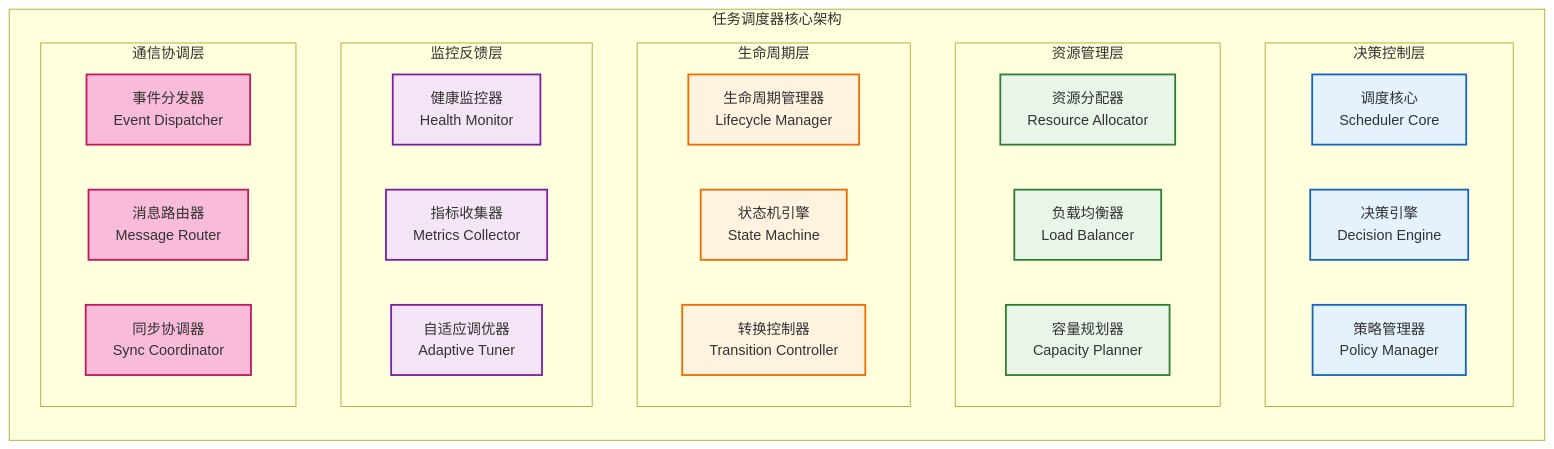
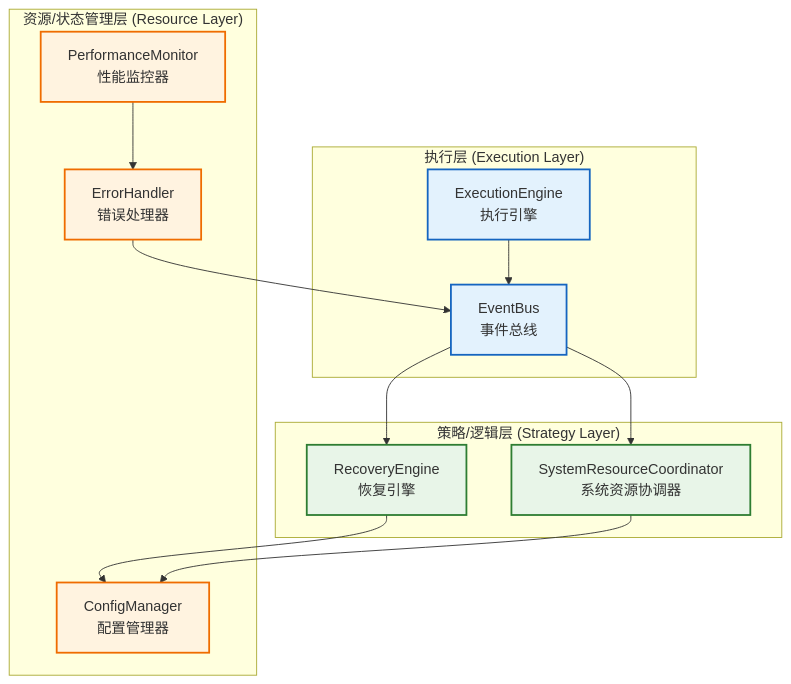
One commit to wendizhou99-cell/Radar changed the third of 13 diagrams in docs/01_项目设计/02_模块设计/05_任务调度器设计.md. Above: the diagram before and after it, drawn with Mermaid. The commit also changed other lines of this file and 1 other file, not shown here.

````diff
--- a/docs/01_项目设计/02_模块设计/05_任务调度器设计.md
+++ b/docs/01_项目设计/02_模块设计/05_任务调度器设计.md
@@ -197,48 +226,34 @@
 ```mermaid
-flowchart TB
-    subgraph "任务调度器核心架构"
-        direction TB
-
-        subgraph "决策控制层"
-            SCHEDULER_CORE[调度核心<br/>Scheduler Core]
-            DECISION_ENGINE[决策引擎<br/>Decision Engine]
-            POLICY_MANAGER[策略管理器<br/>Policy Manager]
-        end
-
-        subgraph "资源管理层"
-            RESOURCE_ALLOCATOR[资源分配器<br/>Resource Allocator]
-            LOAD_BALANCER[负载均衡器<br/>Load Balancer]
-            CAPACITY_PLANNER[容量规划器<br/>Capacity Planner]
-        end
-
-        subgraph "生命周期层"
-            LIFECYCLE_MGR[生命周期管理器<br/>Lifecycle Manager]
-            STATE_MACHINE[状态机引擎<br/>State Machine]
-            TRANSITION_CTRL[转换控制器<br/>Transition Controller]
-        end
-
-        subgraph "监控反馈层"
-            HEALTH_MONITOR[健康监控器<br/>Health Monitor]
-            METRICS_COLLECTOR[指标收集器<br/>Metrics Collector]
-            ADAPTIVE_TUNER[自适应调优器<br/>Adaptive Tuner]
-        end
-
-        subgraph "通信协调层"
-            EVENT_DISPATCHER[事件分发器<br/>Event Dispatcher]
-            MESSAGE_ROUTER[消息路由器<br/>Message Router]
-            SYNC_COORDINATOR[同步协调器<br/>Sync Coordinator]
-        end
+graph TB
+    subgraph "执行层 (Execution Layer)"
+        EE[ExecutionEngine<br/>执行引擎]
+        EB[EventBus<br/>事件总线]
     end
 
-    classDef decision fill:#e3f2fd,stroke:#1565c0,stroke-width:2px
-    classDef resource fill:#e8f5e8,stroke:#2e7d32,stroke-width:2px
-    classDef lifecycle fill:#fff3e0,stroke:#ef6c00,stroke-width:2px
-    classDef monitor fill:#f3e5f5,stroke:#7b1fa2,stroke-width:2px
-    classDef communication fill:#f8bbd9,stroke:#c2185b,stroke-width:2px
+    subgraph "策略/逻辑层 (Strategy Layer)"
+        RE[RecoveryEngine<br/>恢复引擎]
+        RC[SystemResourceCoordinator<br/>系统资源协调器]
+    end
 
-    class SCHEDULER_CORE,DECISION_ENGINE,POLICY_MANAGER decision
-    class RESOURCE_ALLOCATOR,LOAD_BALANCER,CAPACITY_PLANNER resource
-    class LIFECYCLE_MGR,STATE_MACHINE,TRANSITION_CTRL lifecycle
-    class HEALTH_MONITOR,METRICS_COLLECTOR,ADAPTIVE_TUNER monitor
-    class EVENT_DISPATCHER,MESSAGE_ROUTER,SYNC_COORDINATOR communication
+    subgraph "资源/状态管理层 (Resource Layer)"
+        CM[ConfigManager<br/>配置管理器]
+        PM[PerformanceMonitor<br/>性能监控器]
+        EH[ErrorHandler<br/>错误处理器]
+    end
+
+    EE --> EB
+    EB --> RE
+    EB --> RC
+    RE --> CM
+    RC --> CM
+    PM --> EH
+    EH --> EB
+
+    classDef execution fill:#e3f2fd,stroke:#1565c0,stroke-width:2px
+    classDef strategy fill:#e8f5e8,stroke:#2e7d32,stroke-width:2px
+    classDef resource fill:#fff3e0,stroke:#ef6c00,stroke-width:2px
+
+    class EE,EB execution
+    class RE,RC strategy
+    class CM,PM,EH resource
 ```
````
